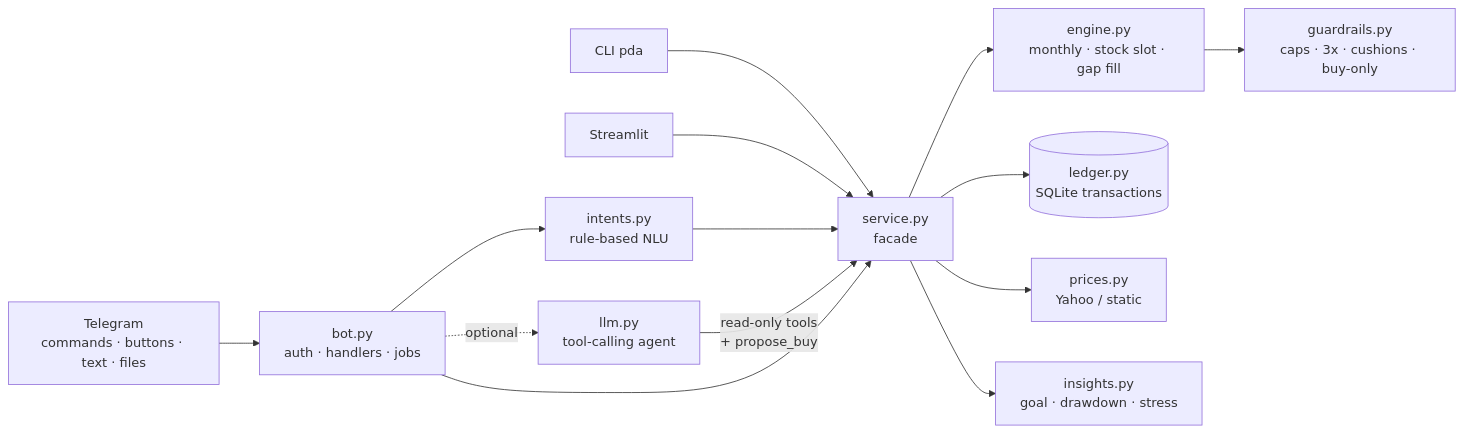
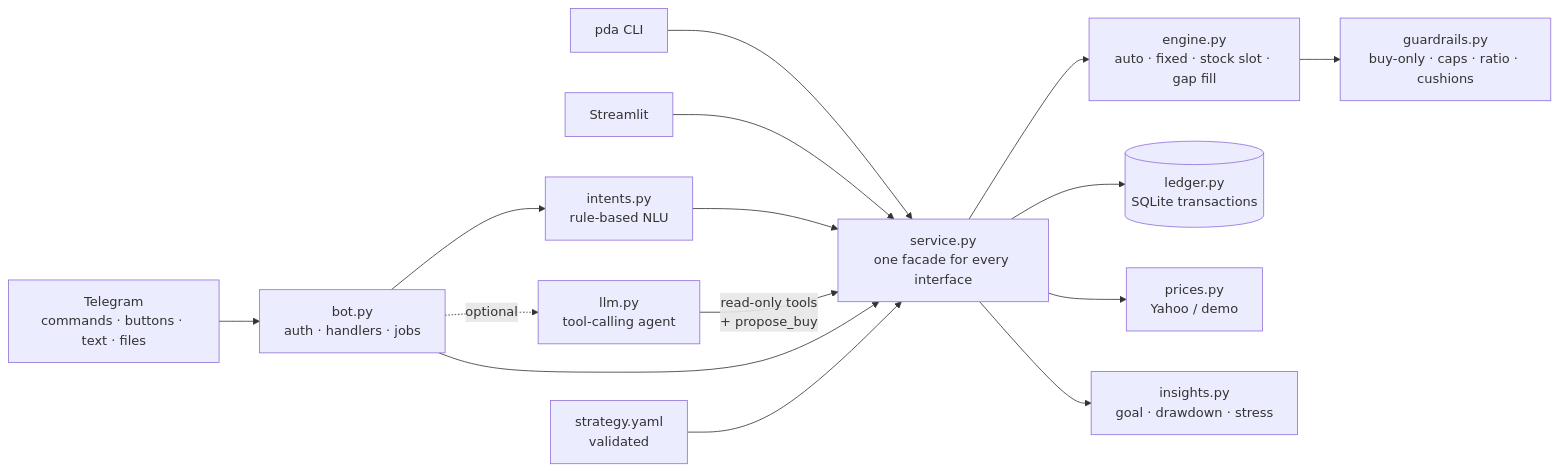
The diagram in README.md (Nainil30/portfolio-deploy-agent), drawn with Mermaid before and after one commit. The commit also changed other lines of this file and 34 other files, not shown here.

````diff
--- a/README.md
+++ b/README.md
@@ -94,16 +259,17 @@
 ```mermaid
 flowchart LR
     TG[Telegram<br/>commands · buttons · text · files] --> BOT[bot.py<br/>auth · handlers · jobs]
-    CLI[CLI pda] --> SVC
+    CLI[pda CLI] --> SVC
     DASH[Streamlit] --> SVC
     BOT --> INT[intents.py<br/>rule-based NLU]
     BOT -. optional .-> LLM[llm.py<br/>tool-calling agent]
     INT --> SVC
     LLM -- read-only tools<br/>+ propose_buy --> SVC
-    BOT --> SVC[service.py<br/>facade]
-    SVC --> ENG[engine.py<br/>monthly · stock slot · gap fill]
-    ENG --> GR[guardrails.py<br/>caps · 3x · cushions · buy-only]
+    BOT --> SVC[service.py<br/>one facade for every interface]
+    SVC --> ENG[engine.py<br/>auto · fixed · stock slot · gap fill]
+    ENG --> GR[guardrails.py<br/>buy-only · caps · ratio · cushions]
     SVC --> LED[(ledger.py<br/>SQLite transactions)]
-    SVC --> PX[prices.py<br/>Yahoo / static]
+    SVC --> PX[prices.py<br/>Yahoo / demo]
     SVC --> INS[insights.py<br/>goal · drawdown · stress]
+    CFG[strategy.yaml<br/>validated] --> SVC
 ```
````
